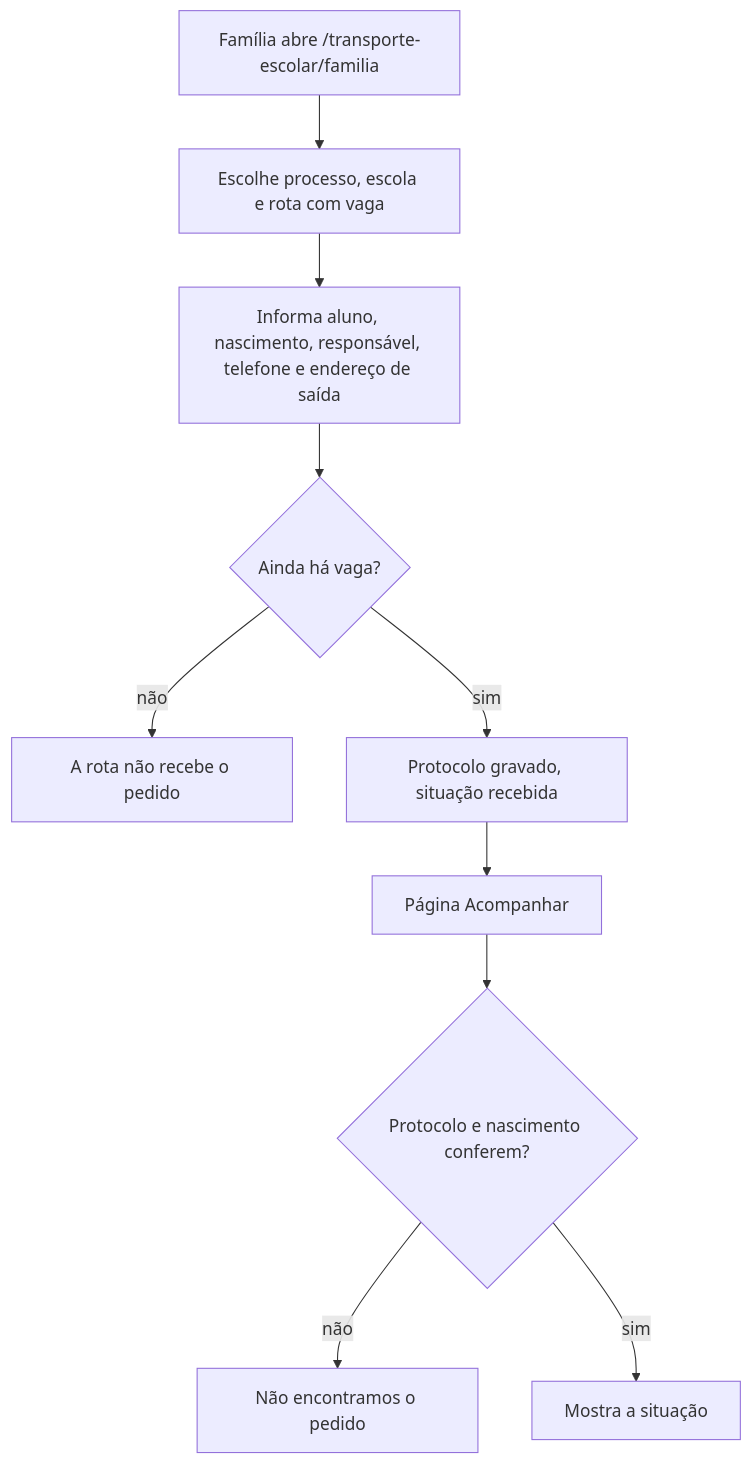
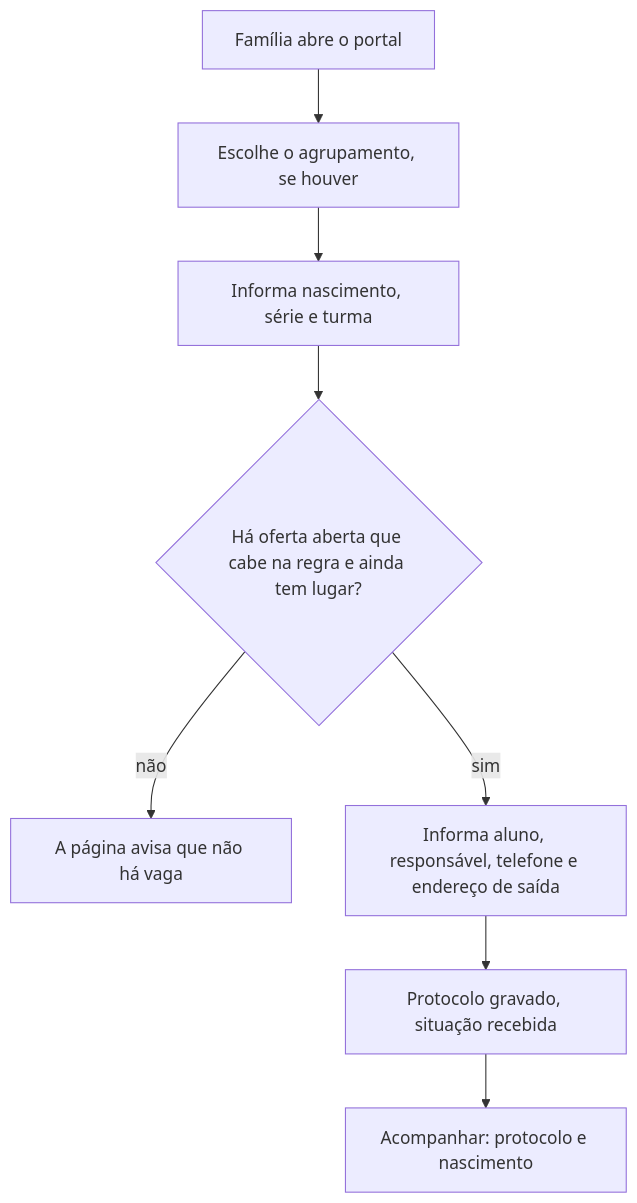
Before and after one commit to i-Educar/i-educar-transporte-escolar-v2-package: the third of 6 diagrams in docs/FLUXOS.md, drawn with Mermaid. The commit also changed other lines of this file and 56 other files, not shown here.

First line of the commit message:
feat(transporte): publicar a versão 1.3 com processos, documentos e painel

````diff
--- a/docs/FLUXOS.md
+++ b/docs/FLUXOS.md
@@ -22,12 +48,10 @@
 ```mermaid
 flowchart TD
-    A["Família abre /transporte-escolar/familia"] --> B["Escolhe processo, escola e rota com vaga"]
-    B --> C["Informa aluno, nascimento, responsável, telefone e endereço de saída"]
-    C --> D{"Ainda há vaga?"}
-    D -->|não| E["A rota não recebe o pedido"]
-    D -->|sim| F["Protocolo gravado, situação recebida"]
-    F --> G["Página Acompanhar"]
-    G --> H{"Protocolo e nascimento conferem?"}
-    H -->|não| I["Não encontramos o pedido"]
-    H -->|sim| J["Mostra a situação"]
+    A["Família abre o portal"] --> B["Escolhe o agrupamento, se houver"]
+    B --> C["Informa nascimento, série e turma"]
+    C --> D{"Há oferta aberta que cabe na regra e ainda tem lugar?"}
+    D -->|não| E["A página avisa que não há vaga"]
+    D -->|sim| F["Informa aluno, responsável, telefone e endereço de saída"]
+    F --> G["Protocolo gravado, situação recebida"]
+    G --> H["Acompanhar: protocolo e nascimento"]
 ```
````
